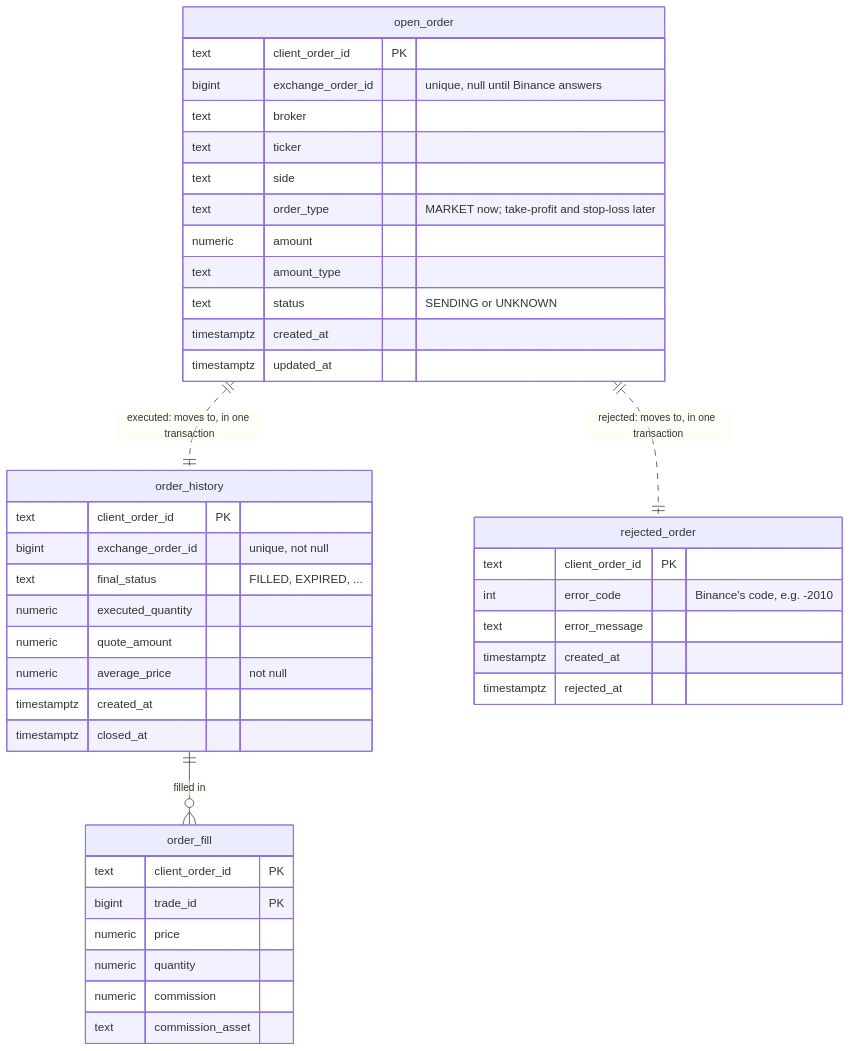
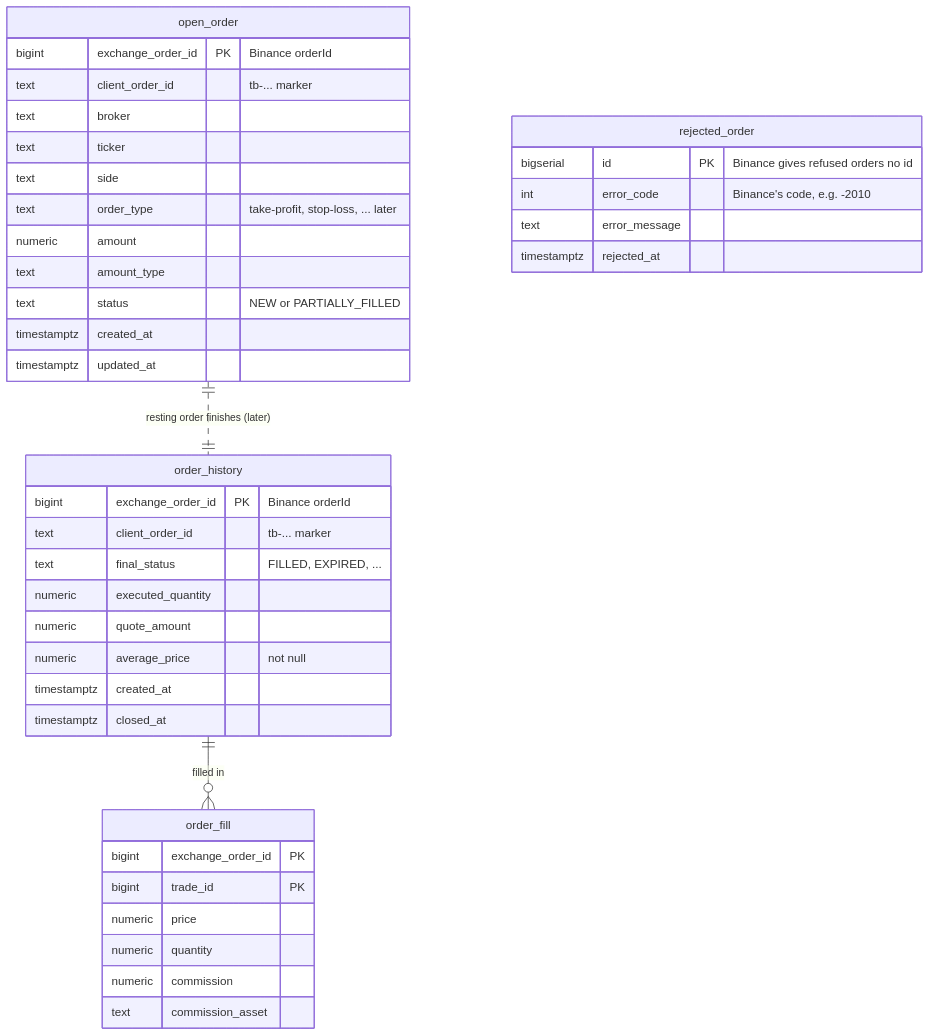
Diagram 20 of 20 in docs/ARCHITECTURE.md (ShadowOfDiablo/t212-coding-task), drawn with Mermaid before and after one commit. The commit also changed other lines of this file and 28 other files, not shown here.

First line of the commit message:
Key live orders by Binance's order id and return list records (#14)

````diff
--- a/docs/ARCHITECTURE.md
+++ b/docs/ARCHITECTURE.md
@@ -747,44 +749,42 @@
 ```mermaid
 erDiagram
     open_order {
-        text client_order_id PK
-        bigint exchange_order_id "unique, null until Binance answers"
+        bigint exchange_order_id PK "Binance orderId"
+        text client_order_id "tb-... marker"
         text broker
         text ticker
         text side
-        text order_type "MARKET now; take-profit and stop-loss later"
+        text order_type "take-profit, stop-loss, ... later"
         numeric amount
         text amount_type
-        text status "SENDING or UNKNOWN"
+        text status "NEW or PARTIALLY_FILLED"
         timestamptz created_at
         timestamptz updated_at
     }
     order_history {
-        text client_order_id PK
-        bigint exchange_order_id "unique, not null"
+        bigint exchange_order_id PK "Binance orderId"
+        text client_order_id "tb-... marker"
         text final_status "FILLED, EXPIRED, ..."
         numeric executed_quantity
         numeric quote_amount
         numeric average_price "not null"
         timestamptz created_at
         timestamptz closed_at
     }
     rejected_order {
-        text client_order_id PK
+        bigserial id PK "Binance gives refused orders no id"
         int error_code "Binance's code, e.g. -2010"
         text error_message
-        timestamptz created_at
         timestamptz rejected_at
     }
     order_fill {
-        text client_order_id PK
+        bigint exchange_order_id PK
         bigint trade_id PK
         numeric price
         numeric quantity
         numeric commission
         text commission_asset
     }
     order_history ||--o{ order_fill : "filled in"
-    open_order ||..|| order_history : "executed: moves to, in one transaction"
-    open_order ||..|| rejected_order : "rejected: moves to, in one transaction"
+    open_order ||..|| order_history : "resting order finishes (later)"
 ```
````
